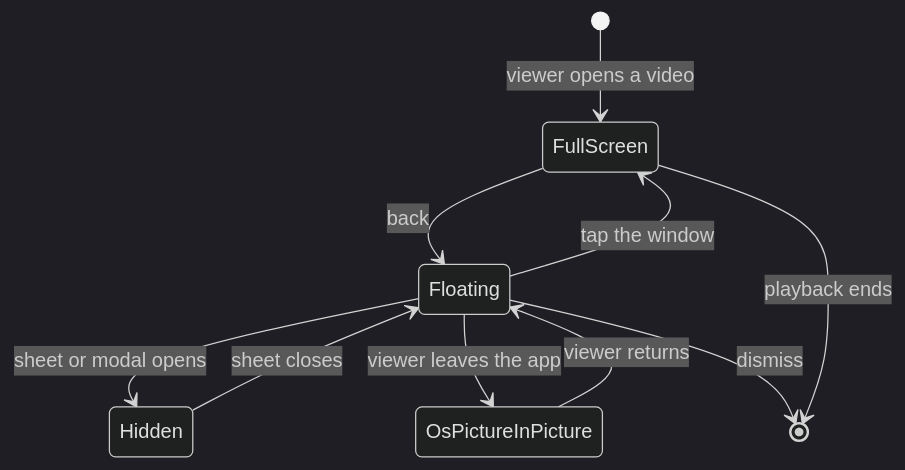
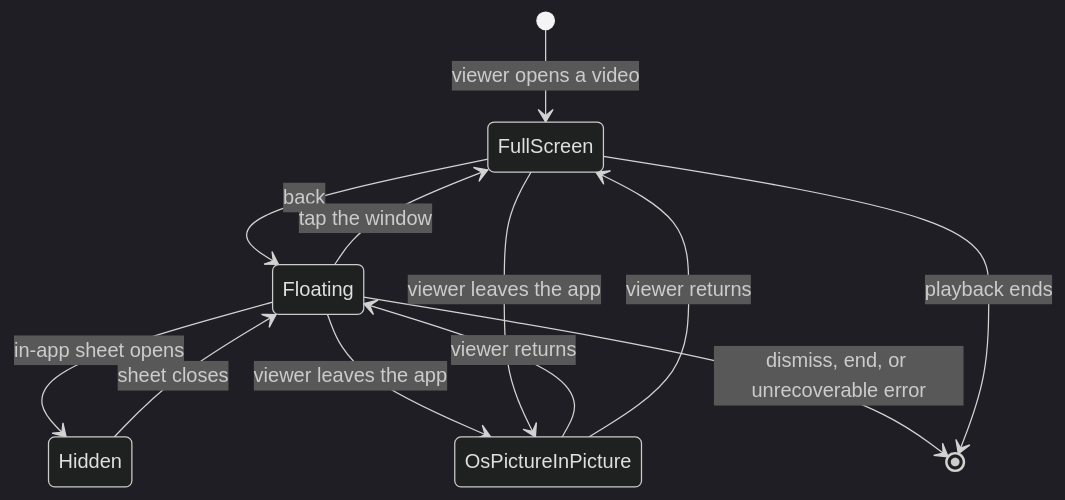
Before and after one commit to JesusFilm/forge: the second of 5 diagrams in docs/plans/2026-08-12-001-feat-mobile-mini-player-plan.md, drawn with Mermaid (dark theme). The commit also changed other lines of this file, not shown here.

````diff
--- a/docs/plans/2026-08-12-001-feat-mobile-mini-player-plan.md
+++ b/docs/plans/2026-08-12-001-feat-mobile-mini-player-plan.md
@@ -98,12 +109,14 @@
 ```mermaid
 stateDiagram-v2
   [*] --> FullScreen: viewer opens a video
   FullScreen --> Floating: back
   Floating --> FullScreen: tap the window
-  Floating --> Hidden: sheet or modal opens
+  Floating --> Hidden: in-app sheet opens
   Hidden --> Floating: sheet closes
   Floating --> OsPictureInPicture: viewer leaves the app
   OsPictureInPicture --> Floating: viewer returns
-  Floating --> [*]: dismiss
+  FullScreen --> OsPictureInPicture: viewer leaves the app
+  OsPictureInPicture --> FullScreen: viewer returns
+  Floating --> [*]: dismiss, end, or unrecoverable error
   FullScreen --> [*]: playback ends
 ```
````
